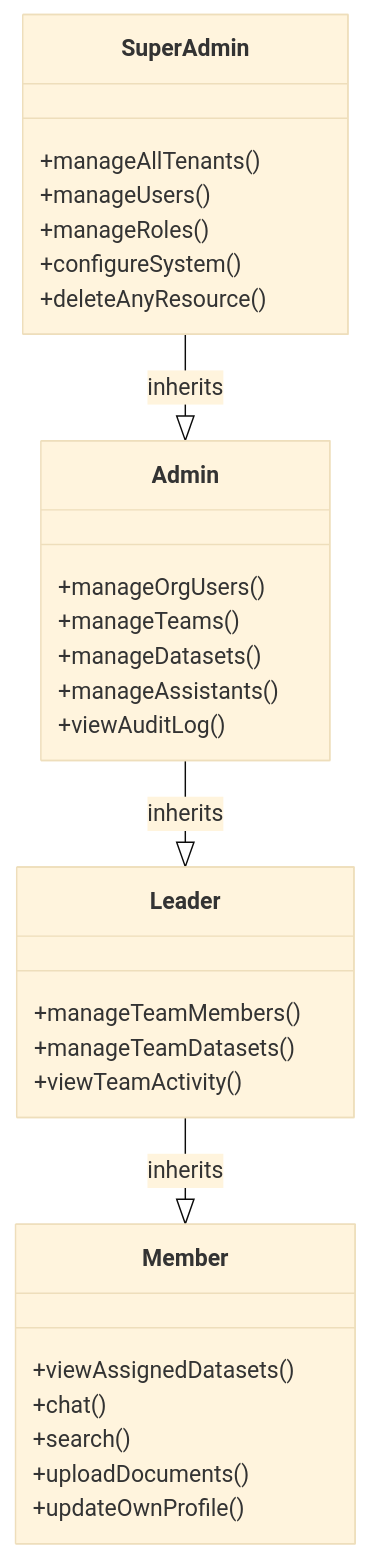
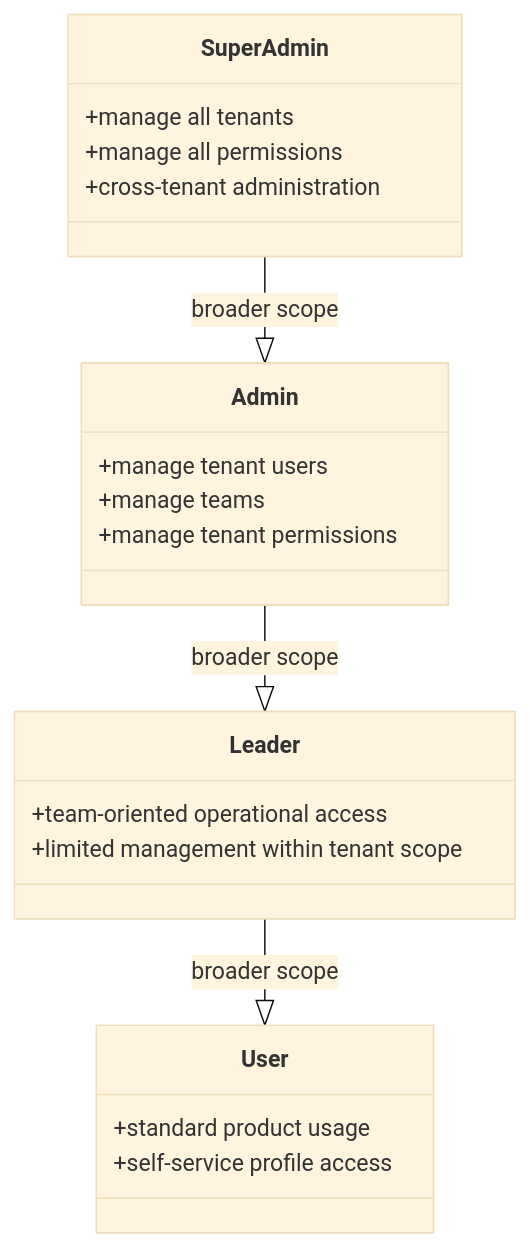
The second of 3 diagrams in docs/srs/core-platform/fr-user-team-management.md (b-knowledge-solution/b-knowledge), drawn with Mermaid (base theme) before and after one commit. The commit also changed other lines of this file and 391 other files, not shown here.

````diff
--- a/docs/srs/core-platform/fr-user-team-management.md
+++ b/docs/srs/core-platform/fr-user-team-management.md
@@ -92,33 +100,25 @@
 ```mermaid
 classDiagram
     class SuperAdmin {
-        +manageAllTenants()
-        +manageUsers()
-        +manageRoles()
-        +configureSystem()
-        +deleteAnyResource()
+        +manage all tenants
+        +manage all permissions
+        +cross-tenant administration
     }
     class Admin {
-        +manageOrgUsers()
-        +manageTeams()
-        +manageDatasets()
-        +manageAssistants()
-        +viewAuditLog()
+        +manage tenant users
+        +manage teams
+        +manage tenant permissions
     }
     class Leader {
-        +manageTeamMembers()
-        +manageTeamDatasets()
-        +viewTeamActivity()
+        +team-oriented operational access
+        +limited management within tenant scope
     }
-    class Member {
-        +viewAssignedDatasets()
-        +chat()
-        +search()
-        +uploadDocuments()
-        +updateOwnProfile()
+    class User {
+        +standard product usage
+        +self-service profile access
     }
 
-    SuperAdmin --|> Admin : inherits
-    Admin --|> Leader : inherits
-    Leader --|> Member : inherits
+    SuperAdmin --|> Admin : broader scope
+    Admin --|> Leader : broader scope
+    Leader --|> User : broader scope
 ```
````
